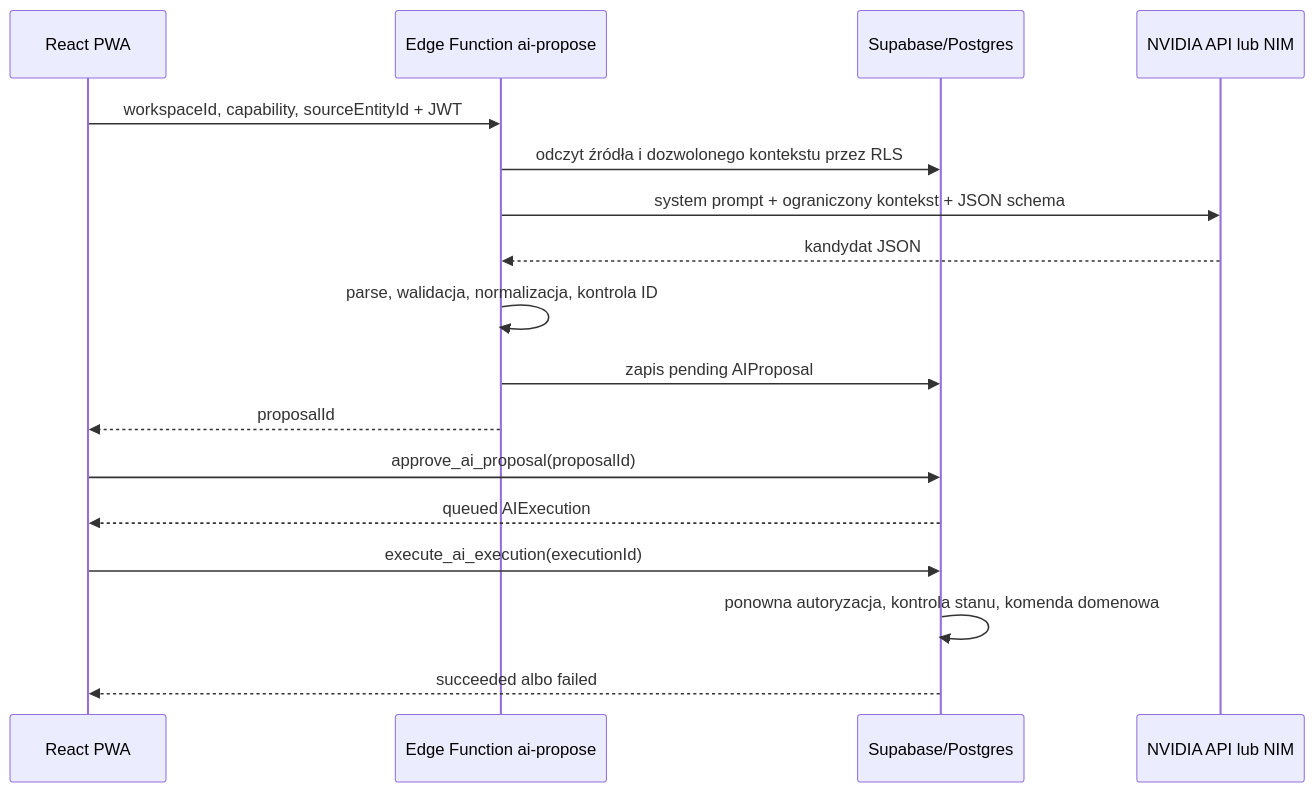
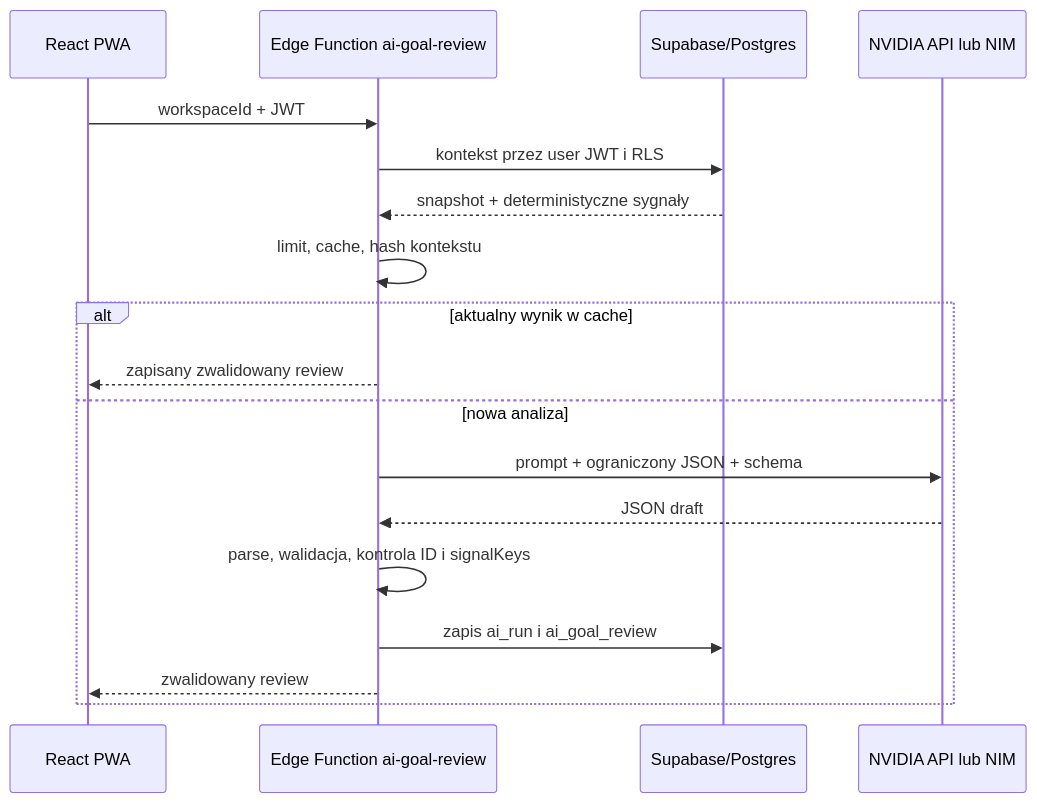
Before and after one commit to jakubsulima/developer-command-center: the diagram in docs/planning/nvidia-ai-implementation.md, drawn with Mermaid. The commit also changed other lines of this file and 31 other files, not shown here.

````diff
--- a/docs/planning/nvidia-ai-implementation.md
+++ b/docs/planning/nvidia-ai-implementation.md
@@ -51,20 +291,21 @@
 ```mermaid
 sequenceDiagram
   participant UI as React PWA
-  participant EF as Edge Function ai-propose
+  participant EF as Edge Function ai-goal-review
   participant DB as Supabase/Postgres
   participant NV as NVIDIA API lub NIM
 
-  UI->>EF: workspaceId, capability, sourceEntityId + JWT
-  EF->>DB: odczyt źródła i dozwolonego kontekstu przez RLS
-  EF->>NV: system prompt + ograniczony kontekst + JSON schema
-  NV-->>EF: kandydat JSON
-  EF->>EF: parse, walidacja, normalizacja, kontrola ID
-  EF->>DB: zapis pending AIProposal
-  EF-->>UI: proposalId
-  UI->>DB: approve_ai_proposal(proposalId)
-  DB-->>UI: queued AIExecution
-  UI->>DB: execute_ai_execution(executionId)
-  DB->>DB: ponowna autoryzacja, kontrola stanu, komenda domenowa
-  DB-->>UI: succeeded albo failed
+  UI->>EF: workspaceId + JWT
+  EF->>DB: kontekst przez user JWT i RLS
+  DB-->>EF: snapshot + deterministyczne sygnały
+  EF->>EF: limit, cache, hash kontekstu
+  alt aktualny wynik w cache
+    EF-->>UI: zapisany zwalidowany review
+  else nowa analiza
+    EF->>NV: prompt + ograniczony JSON + schema
+    NV-->>EF: JSON draft
+    EF->>EF: parse, walidacja, kontrola ID i signalKeys
+    EF->>DB: zapis ai_run i ai_goal_review
+    EF-->>UI: zwalidowany review
+  end
 ```
````
